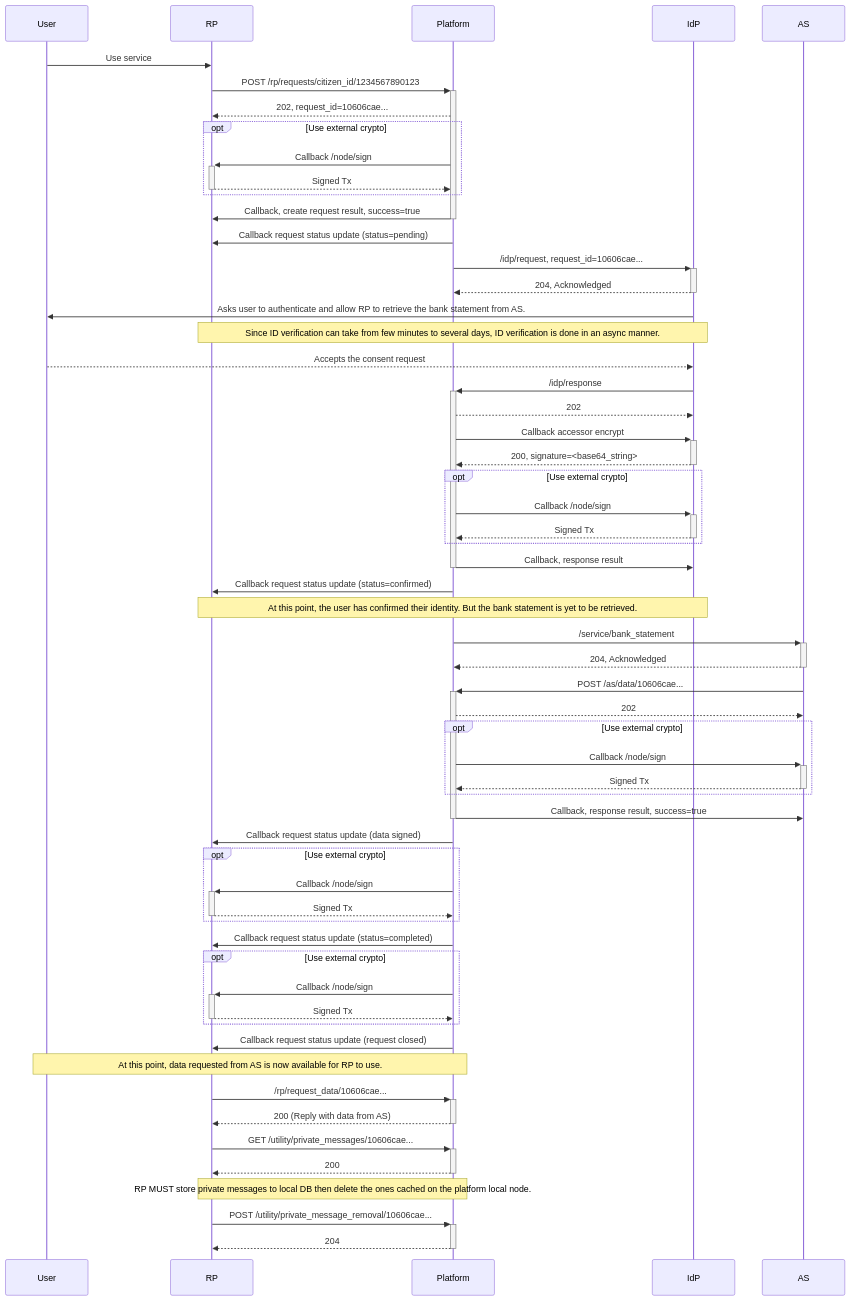
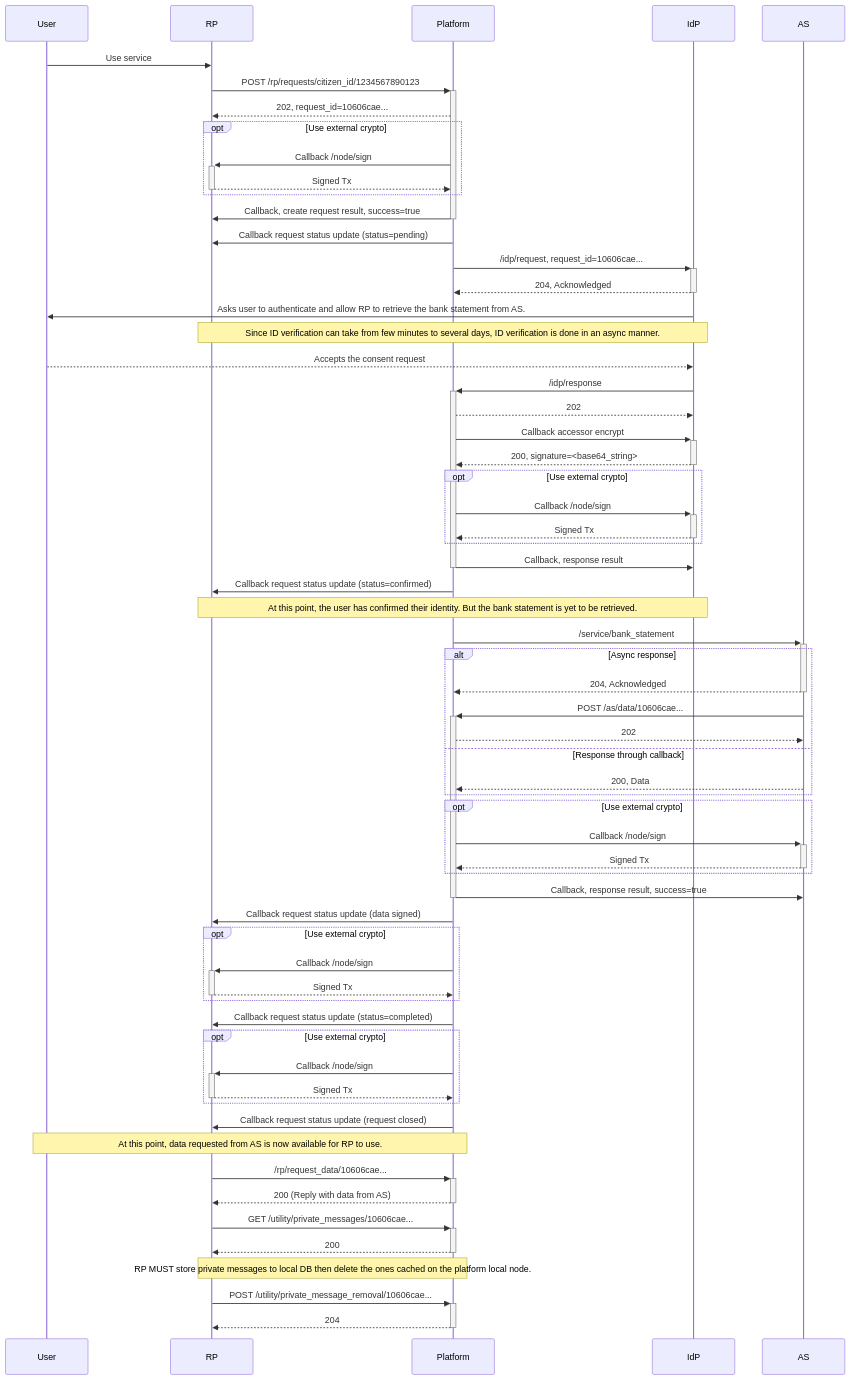
Before and after one commit to ndidplatform/ndidplatform.github.io: the diagram in flows/data-request.md, drawn with Mermaid.

Commit message:
Add alt flow to data request sequence diagram

````diff
--- a/flows/data-request.md
+++ b/flows/data-request.md
@@ -9,61 +9,65 @@
 ```mermaid
 sequenceDiagram
     participant User
     participant RP
     participant Platform
     participant IdP
     participant AS
     User->>RP: Use service
     RP->>+Platform: POST /rp/requests/citizen_id/1234567890123
     Platform-->>RP: 202, request_id=10606cae...
     opt Use external crypto
         Platform->>+RP: Callback /node/sign
         RP-->>-Platform: Signed Tx
     end
     Platform->>-RP: Callback, create request result, success=true
     Platform->>RP: Callback request status update (status=pending)
     Platform->>+IdP: /idp/request, request_id=10606cae...
     IdP-->>-Platform: 204, Acknowledged
     IdP->>User: Asks user to authenticate and allow RP to retrieve the bank statement from AS.
     Note over RP,IdP: Since ID verification can take from few minutes to several days, ID verification is done in an async manner.
     User-->>IdP: Accepts the consent request
     IdP->>+Platform: /idp/response
     Platform-->>IdP: 202
     Platform->>+IdP: Callback accessor encrypt
     IdP-->>-Platform: 200, signature=<base64_string>
     opt Use external crypto
         Platform->>+IdP: Callback /node/sign
         IdP-->>-Platform: Signed Tx
     end
     Platform->>-IdP: Callback, response result
     Platform->>RP: Callback request status update (status=confirmed)
     Note over RP,IdP: At this point, the user has confirmed their identity. But the bank statement is yet to be retrieved.
     Platform->>+AS: /service/bank_statement
-    AS-->>-Platform: 204, Acknowledged
-    AS->>+Platform: POST /as/data/10606cae...
-    Platform-->>AS: 202
+    alt Async response
+        AS-->>-Platform: 204, Acknowledged
+        AS->>+Platform: POST /as/data/10606cae...
+        Platform-->>AS: 202
+    else Response through callback
+        AS-->>Platform: 200, Data
+    end
     opt Use external crypto
         Platform->>+AS: Callback /node/sign
         AS-->>-Platform: Signed Tx
     end
     Platform->>-AS: Callback, response result, success=true
     Platform->>RP: Callback request status update (data signed)
     opt Use external crypto
         Platform->>+RP: Callback /node/sign
         RP-->>-Platform: Signed Tx
     end
     Platform->>RP: Callback request status update (status=completed)
     opt Use external crypto
         Platform->>+RP: Callback /node/sign
         RP-->>-Platform: Signed Tx
     end
     Platform->>RP: Callback request status update (request closed)
     Note over User,Platform: At this point, data requested from AS is now available for RP to use.
     RP->>+Platform: /rp/request_data/10606cae...
     Platform-->>-RP: 200 (Reply with data from AS)
     RP->>+Platform: GET /utility/private_messages/10606cae...
     Platform-->>-RP: 200
     Note over RP,Platform: RP MUST store private messages to local DB then delete the ones cached on the platform local node.
     RP->>+Platform: POST /utility/private_message_removal/10606cae...
     Platform-->>-RP: 204
 ```
````
